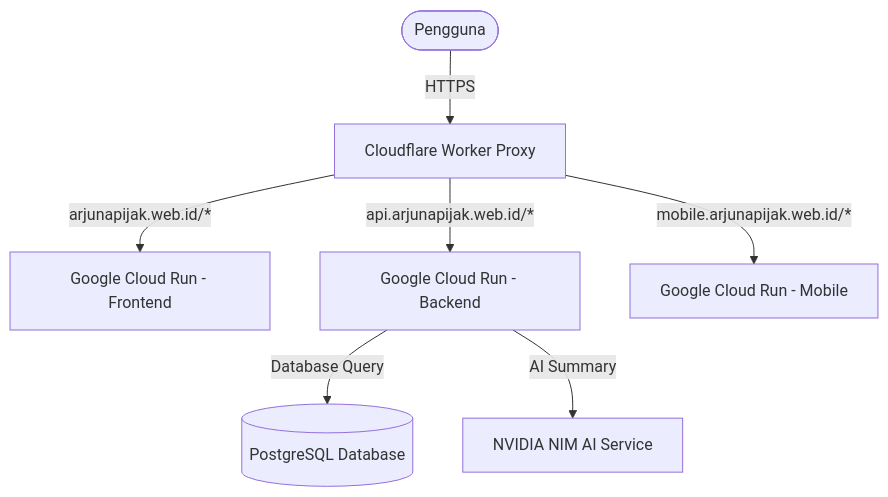
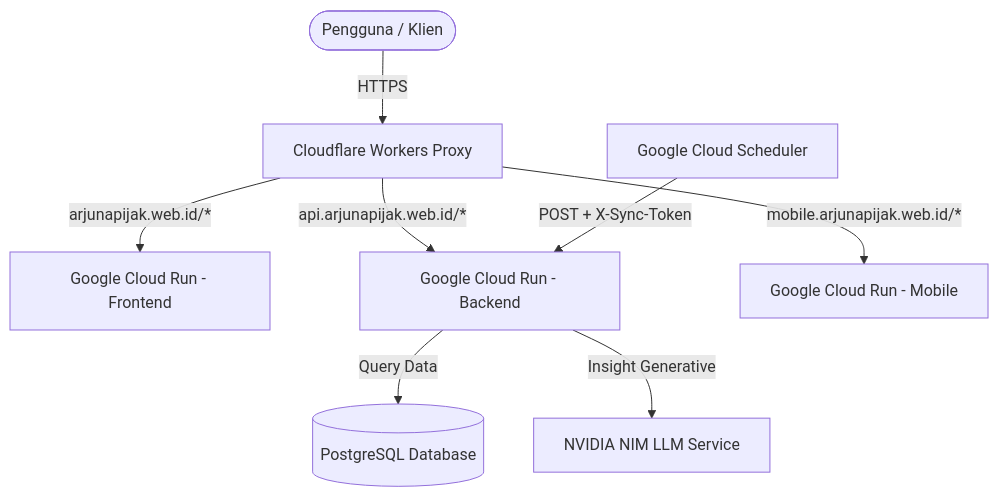
Before and after one commit to wildaafn/ArjunaAppPijak: the diagram in README.md, drawn with Mermaid. The commit also changed other lines of this file, not shown here.

````diff
--- a/README.md
+++ b/README.md
@@ -34,9 +40,12 @@
 ```mermaid
 graph TD
-    User([Pengguna]) -->|HTTPS| CF[Cloudflare Worker Proxy]
+    User([Pengguna / Klien]) -->|HTTPS| CF[Cloudflare Workers Proxy]
     CF -->|arjunapijak.web.id/*| CR_FE[Google Cloud Run - Frontend]
     CF -->|api.arjunapijak.web.id/*| CR_BE[Google Cloud Run - Backend]
     CF -->|mobile.arjunapijak.web.id/*| CR_MB[Google Cloud Run - Mobile]
-    CR_BE -->|Database Query| DB[(PostgreSQL Database)]
-    CR_BE -->|AI Summary| NVIDIA[NVIDIA NIM AI Service]
+    
+    CR_BE -->|Query Data| DB[(PostgreSQL Database)]
+    CR_BE -->|Insight Generative| NVIDIA[NVIDIA NIM LLM Service]
+    
+    Scheduler[Google Cloud Scheduler] -->|POST + X-Sync-Token| CR_BE
 ```
````
